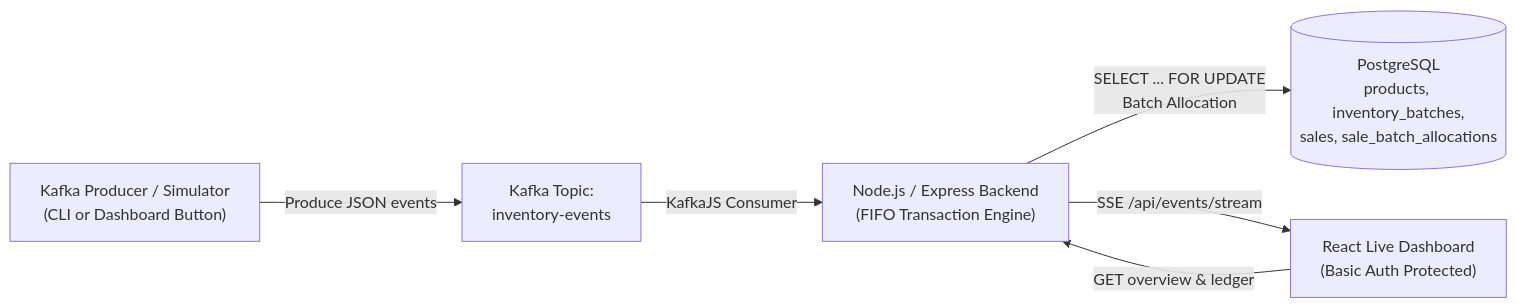
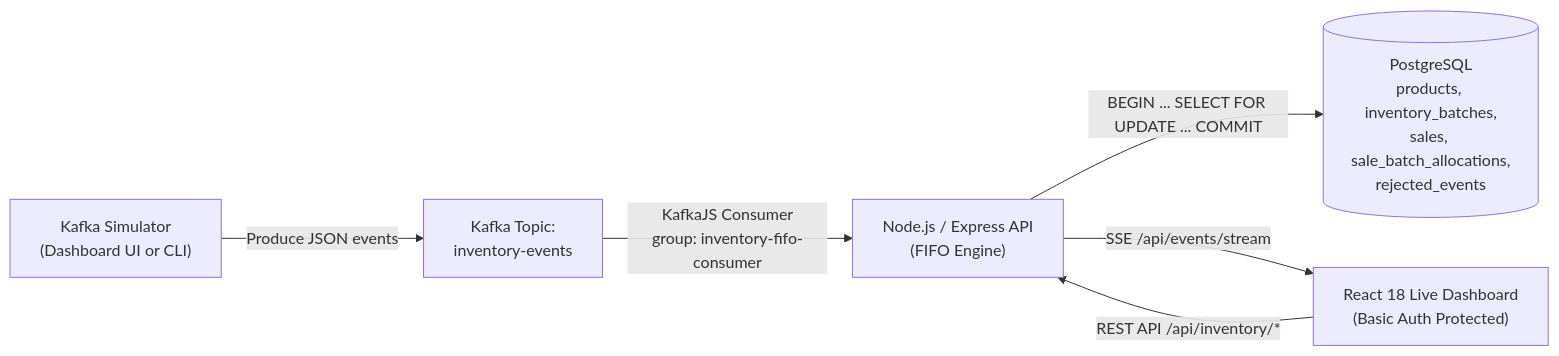
The diagram in README.md (RohitSah62/Inventory-Management-System), drawn with Mermaid before and after one commit. The commit also changed other lines of this file, not shown here.

Commit message:
docs: finalize README with live deployment links

````diff
--- a/README.md
+++ b/README.md
@@ -24,8 +48,8 @@
 ```mermaid
 flowchart LR
-    SIM["Kafka Producer / Simulator<br/>(CLI or Dashboard Button)"] -->|Produce JSON events| KAFKA["Kafka Topic:<br/>inventory-events"]
-    KAFKA -->|KafkaJS Consumer| API["Node.js / Express Backend<br/>(FIFO Transaction Engine)"]
-    API -->|SELECT ... FOR UPDATE<br/>Batch Allocation| PG[("PostgreSQL<br/>products, inventory_batches,<br/>sales, sale_batch_allocations")]
-    API -->|SSE /api/events/stream| UI["React Live Dashboard<br/>(Basic Auth Protected)"]
-    UI -->|GET overview & ledger| API
+    SIM["Kafka Simulator<br/>(Dashboard UI or CLI)"] -->|Produce JSON events| KAFKA["Kafka Topic:<br/>inventory-events"]
+    KAFKA -->|KafkaJS Consumer<br/>group: inventory-fifo-consumer| API["Node.js / Express API<br/>(FIFO Engine)"]
+    API -->|BEGIN ... SELECT FOR UPDATE ... COMMIT| PG[("PostgreSQL<br/>products, inventory_batches,<br/>sales, sale_batch_allocations,<br/>rejected_events")]
+    API -->|SSE /api/events/stream| UI["React 18 Live Dashboard<br/>(Basic Auth Protected)"]
+    UI -->|REST API /api/inventory/*| API
 ```
````
